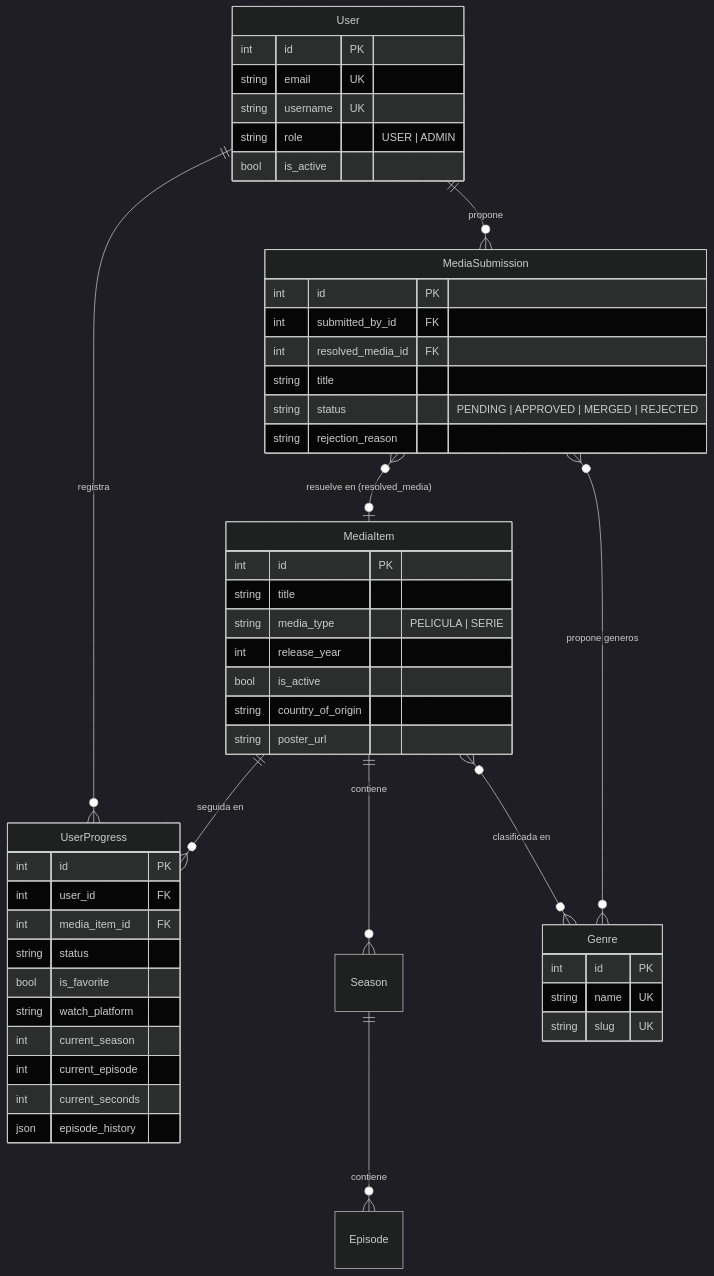
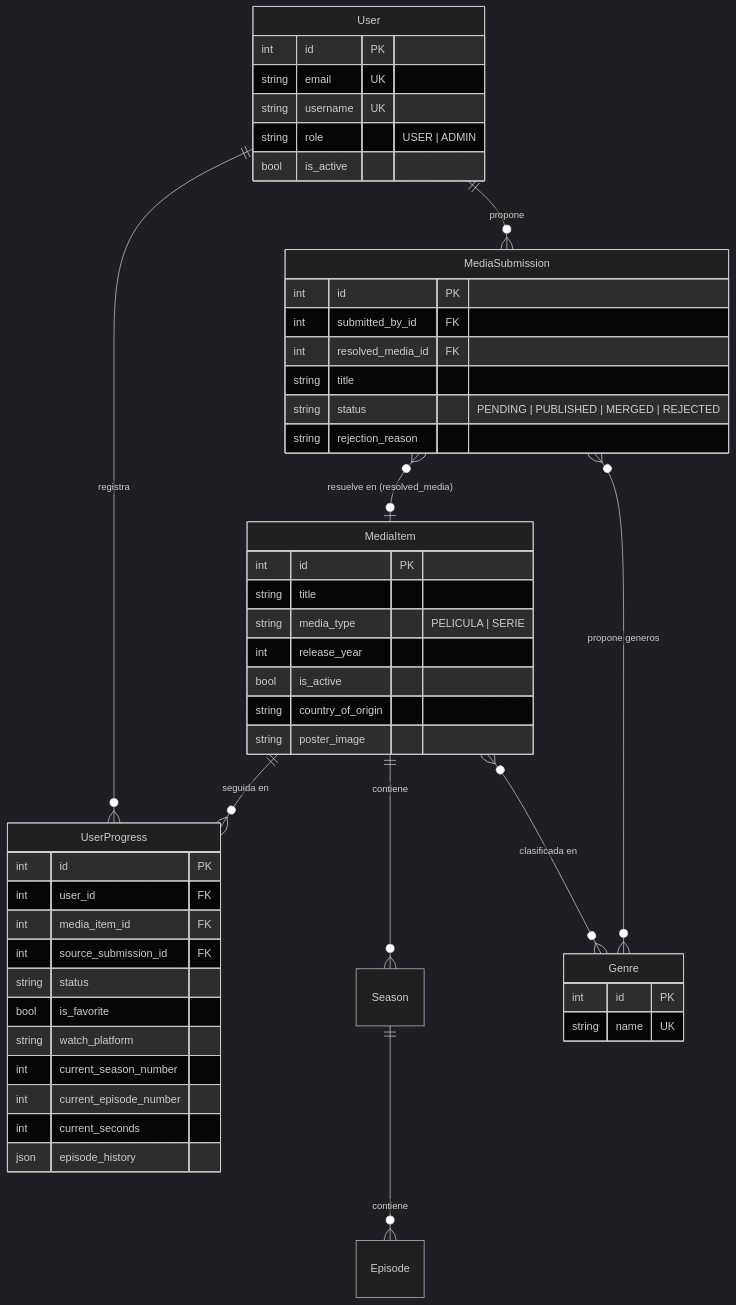
Before and after one commit to BorghiEsteff/TPI-ProgIV: the third of 3 diagrams in docs/ARQUITECTURA_AS_BUILT.md, drawn with Mermaid (dark theme). The commit also changed other lines of this file and 6 other files, not shown here.

````diff
--- a/docs/ARQUITECTURA_AS_BUILT.md
+++ b/docs/ARQUITECTURA_AS_BUILT.md
@@ -77,53 +77,53 @@
 ```mermaid
 erDiagram
     User ||--o{ UserProgress : "registra"
     User ||--o{ MediaSubmission : "propone"
     MediaItem ||--o{ UserProgress : "seguida en"
     MediaItem ||--o{ Season : "contiene"
     Season ||--o{ Episode : "contiene"
     MediaItem }o--o{ Genre : "clasificada en"
     MediaSubmission }o--o{ Genre : "propone generos"
     MediaSubmission }o--o| MediaItem : "resuelve en (resolved_media)"
 
     User {
         int id PK
         string email UK
         string username UK
         string role "USER | ADMIN"
         bool is_active
     }
     MediaItem {
         int id PK
         string title
         string media_type "PELICULA | SERIE"
         int release_year
         bool is_active
         string country_of_origin
-        string poster_url
+        string poster_image
     }
     Genre {
         int id PK
         string name UK
-        string slug UK
     }
     UserProgress {
         int id PK
         int user_id FK
         int media_item_id FK
+        int source_submission_id FK
         string status
         bool is_favorite
         string watch_platform
-        int current_season
-        int current_episode
+        int current_season_number
+        int current_episode_number
         int current_seconds
         json episode_history
     }
     MediaSubmission {
         int id PK
         int submitted_by_id FK
         int resolved_media_id FK
         string title
-        string status "PENDING | APPROVED | MERGED | REJECTED"
+        string status "PENDING | PUBLISHED | MERGED | REJECTED"
         string rejection_reason
     }
 ```
````
